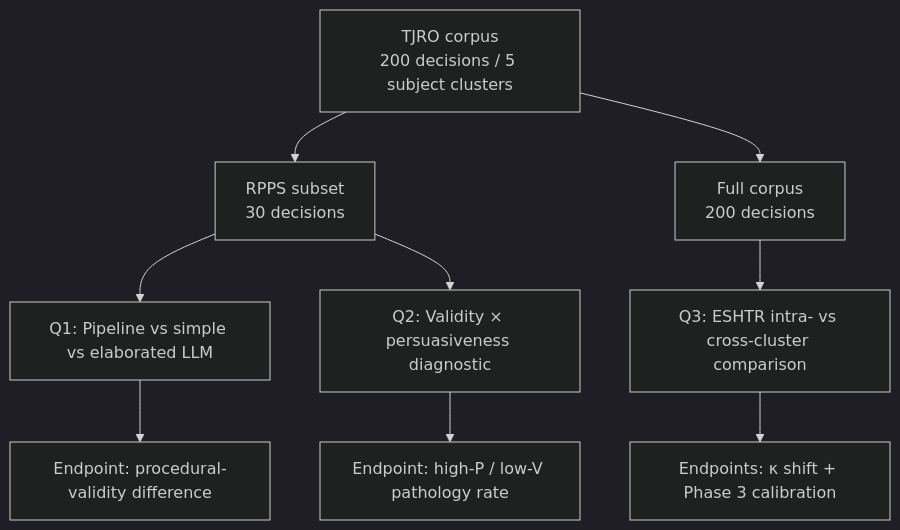
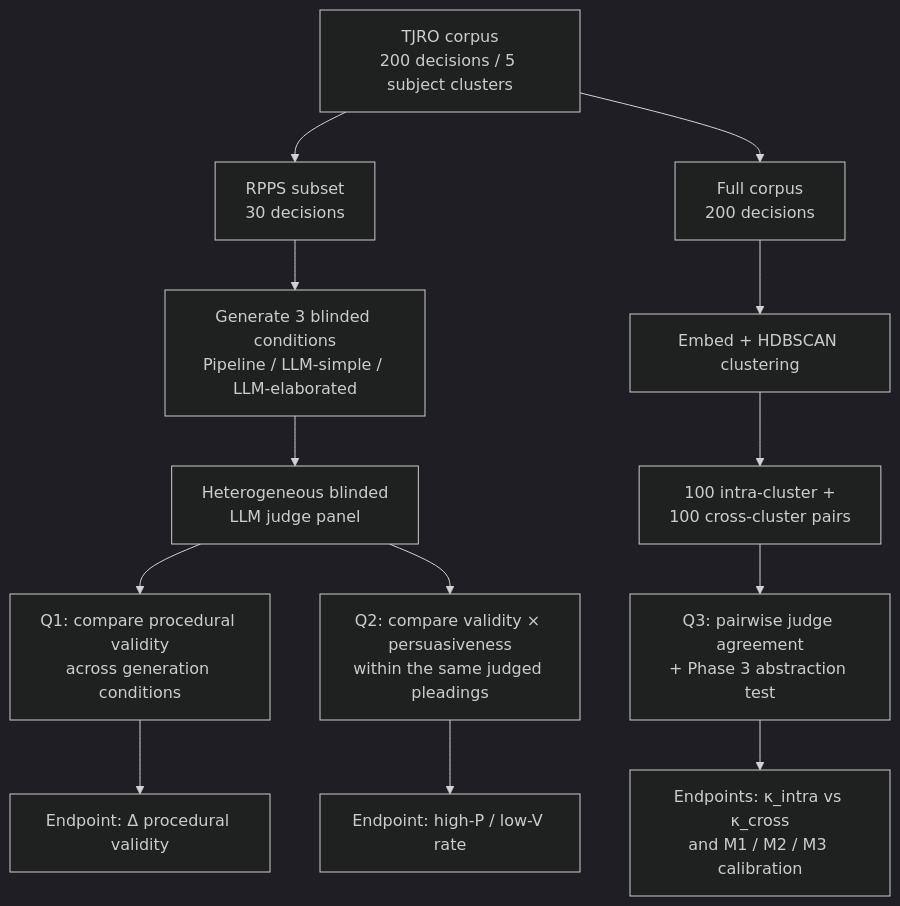
Before and after one commit to franklinbaldo/papers: the diagram in empirical_evaluation.md, drawn with Mermaid (dark theme). The commit also changed other lines of this file, not shown here.

Commit message:
docs: make empirical evaluation branches and controls explicit

````diff
--- a/empirical_evaluation.md
+++ b/empirical_evaluation.md
@@ -83,11 +83,17 @@
 ```mermaid
 flowchart TD
     C[TJRO corpus<br/>200 decisions / 5 subject clusters] --> R[RPPS subset<br/>30 decisions]
     C --> F[Full corpus<br/>200 decisions]
-    R --> Q1[Q1: Pipeline vs simple vs elaborated LLM]
-    R --> Q2[Q2: Validity × persuasiveness diagnostic]
-    F --> Q3[Q3: ESHTR intra- vs cross-cluster comparison]
-    Q1 --> E1[Endpoint: procedural-validity difference]
-    Q2 --> E2[Endpoint: high-P / low-V pathology rate]
-    Q3 --> E3[Endpoints: κ shift + Phase 3 calibration]
+
+    R --> G[Generate 3 blinded conditions<br/>Pipeline / LLM-simple / LLM-elaborated]
+    G --> J[Heterogeneous blinded<br/>LLM judge panel]
+    J --> Q1[Q1: compare procedural validity<br/>across generation conditions]
+    J --> Q2[Q2: compare validity × persuasiveness<br/>within the same judged pleadings]
+    Q1 --> E1[Endpoint: Δ procedural validity]
+    Q2 --> E2[Endpoint: high-P / low-V rate]
+
+    F --> CL[Embed + HDBSCAN clustering]
+    CL --> PA[100 intra-cluster +<br/>100 cross-cluster pairs]
+    PA --> Q3[Q3: pairwise judge agreement<br/>+ Phase 3 abstraction test]
+    Q3 --> E3[Endpoints: κ_intra vs κ_cross<br/>and M1 / M2 / M3 calibration]
 ```
````
